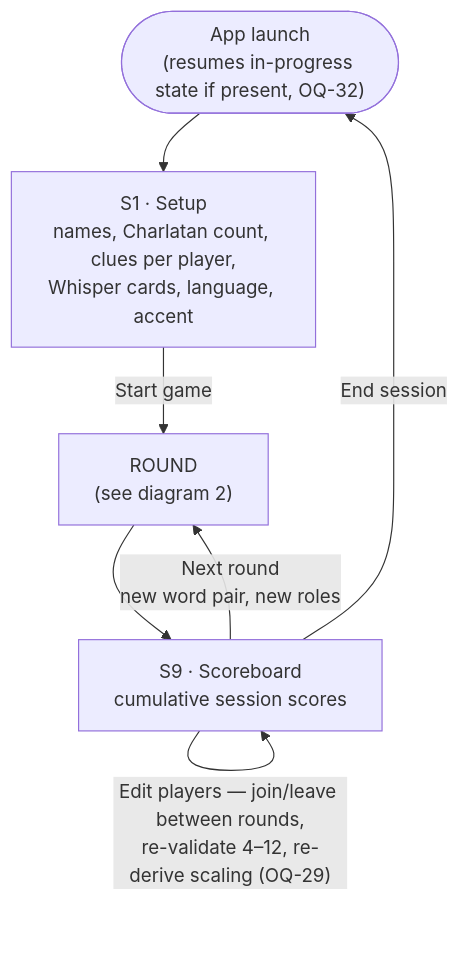
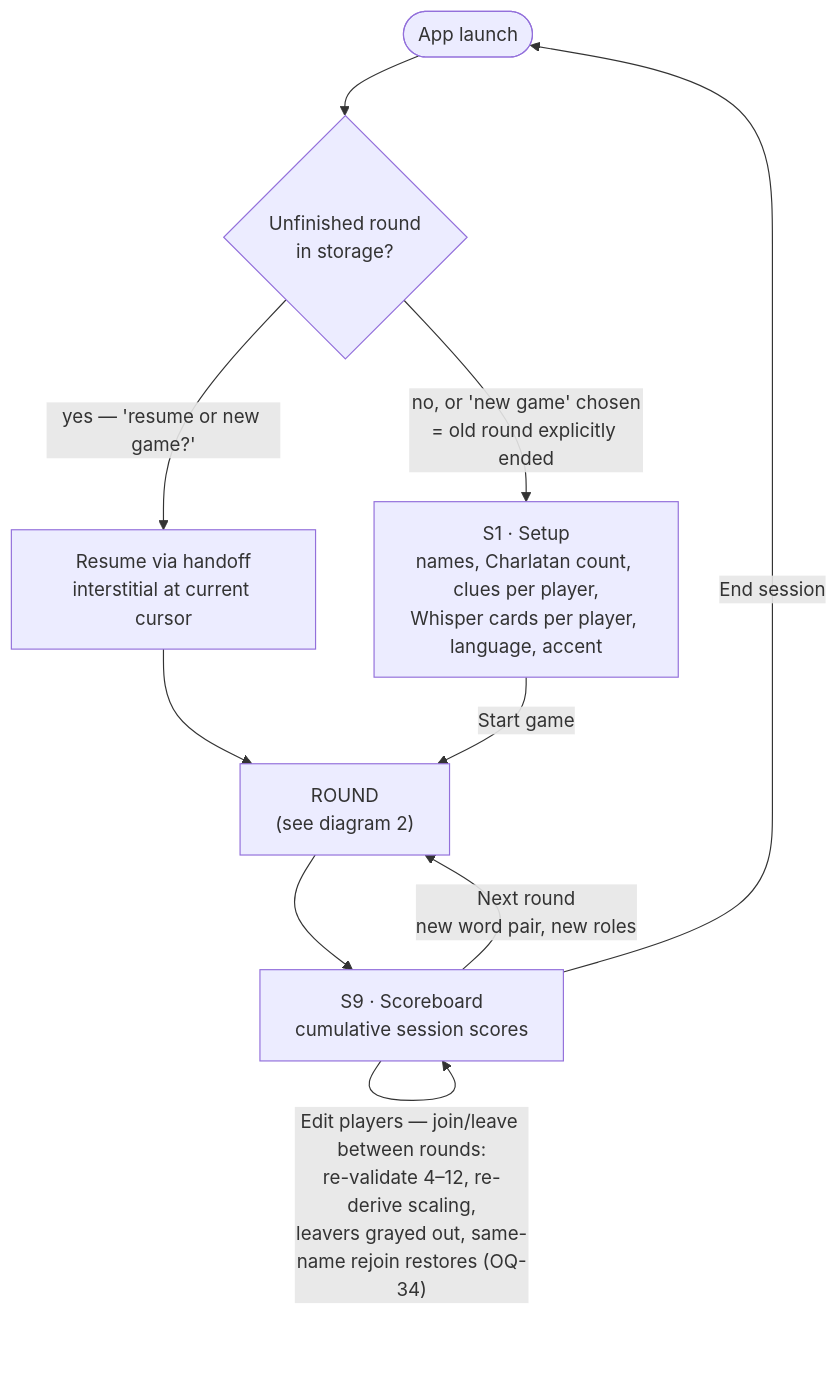
One commit to jalieven/charlatan changed the first of 4 diagrams in docs/02-flows.md. Above: the diagram before and after it, drawn with Mermaid. The commit also changed other lines of this file and 4 other files, not shown here.

````diff
--- a/docs/02-flows.md
+++ b/docs/02-flows.md
@@ -14,9 +14,12 @@
 ```mermaid
 flowchart TD
-    Launch(["App launch<br/>(resumes in-progress state if present, OQ-32)"]) --> S1["S1 · Setup<br/>names, Charlatan count, clues per player,<br/>Whisper cards, language, accent"]
+    Launch(["App launch"]) --> Choice{"Unfinished round<br/>in storage?"}
+    Choice -->|"yes — 'resume or new game?'"| Resume["Resume via handoff<br/>interstitial at current cursor"]
+    Choice -->|no, or 'new game' chosen<br/>= old round explicitly ended| S1["S1 · Setup<br/>names, Charlatan count, clues per player,<br/>Whisper cards per player, language, accent"]
+    Resume --> Round
     S1 -->|Start game| Round["ROUND<br/>(see diagram 2)"]
     Round --> S9["S9 · Scoreboard<br/>cumulative session scores"]
-    S9 -->|"Edit players — join/leave between rounds,<br/>re-validate 4–12, re-derive scaling (OQ-29)"| S9
+    S9 -->|"Edit players — join/leave between rounds:<br/>re-validate 4–12, re-derive scaling,<br/>leavers grayed out, same-name rejoin restores (OQ-34)"| S9
     S9 -->|Next round<br/>new word pair, new roles| Round
     S9 -->|End session| Launch
 ```
````
